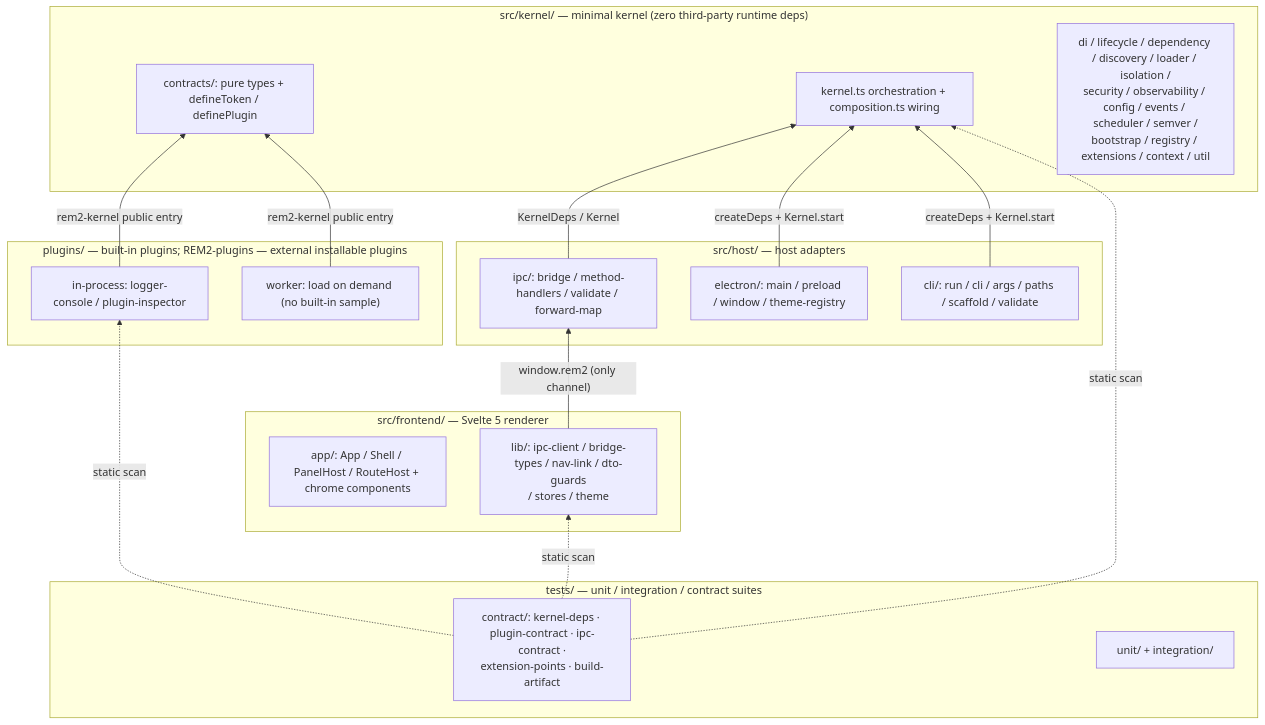
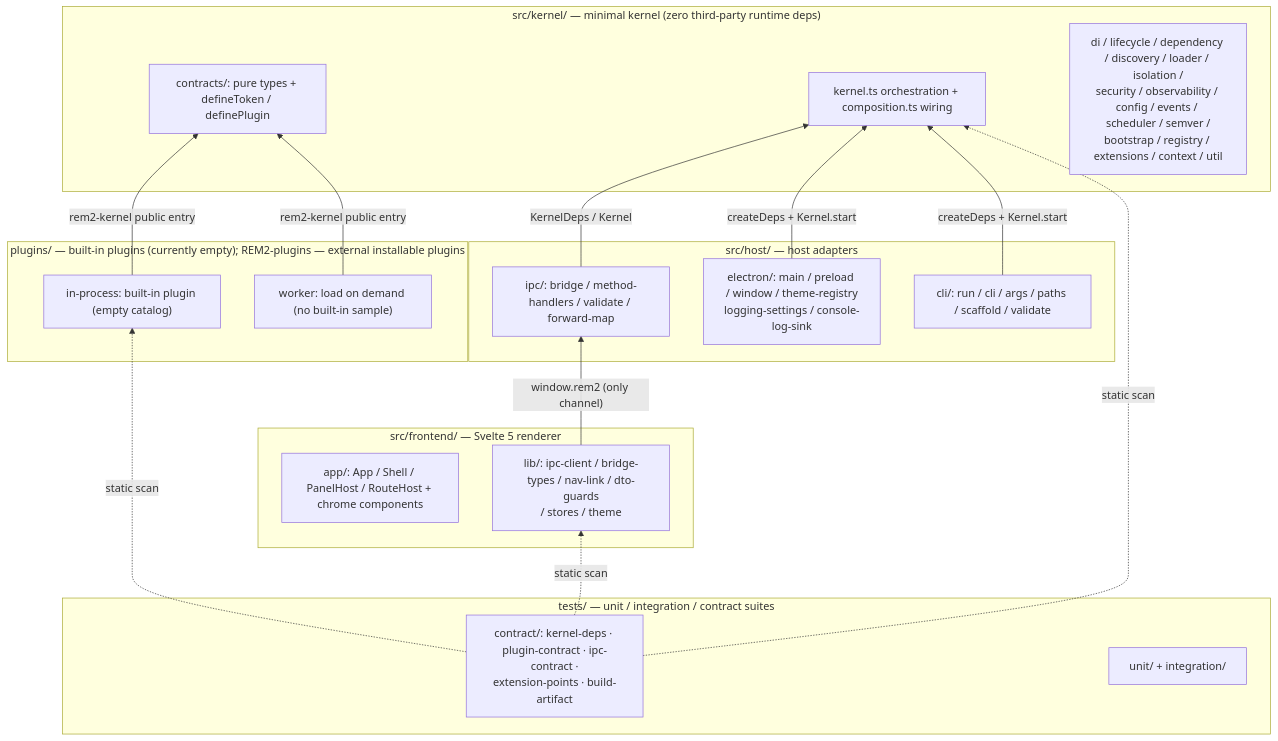
Before and after one commit to kino14910/REM2: the first of 5 diagrams in docs/en/01-architecture-overview.md, drawn with Mermaid. The commit also changed other lines of this file and 16 other files, not shown here.

````diff
--- a/docs/en/01-architecture-overview.md
+++ b/docs/en/01-architecture-overview.md
@@ -19,39 +19,39 @@
 ```mermaid
 graph BT
-    subgraph L1["plugins/ — built-in plugins; REM2-plugins — external installable plugins"]
-        PA["in-process: logger-console / plugin-inspector"]
+    subgraph L1["plugins/ — built-in plugins (currently empty); REM2-plugins — external installable plugins"]
+        PA["in-process: built-in plugin (empty catalog)"]
         PB["worker: load on demand (no built-in sample)"]
     end
 
     subgraph L2["src/frontend/ — Svelte 5 renderer"]
         FA["app/: App / Shell / PanelHost / RouteHost + chrome components"]
         FB["lib/: ipc-client / bridge-types / nav-link / dto-guards<br/>/ stores / theme"]
     end
 
     subgraph L3["src/host/ — host adapters"]
-        HA["electron/: main / preload / window / theme-registry"]
+        HA["electron/: main / preload / window / theme-registry<br/>logging-settings / console-log-sink"]
         HB["ipc/: bridge / method-handlers / validate / forward-map"]
         HC["cli/: run / cli / args / paths / scaffold / validate"]
     end
 
     subgraph L4["src/kernel/ — minimal kernel (zero third-party runtime deps)"]
         KA["contracts/: pure types + defineToken / definePlugin"]
         KB["kernel.ts orchestration + composition.ts wiring"]
         KC["di / lifecycle / dependency / discovery / loader / isolation /<br/>security / observability / config / events / scheduler / semver /<br/>bootstrap / registry / extensions / context / util"]
     end
 
     subgraph L5["tests/ — unit / integration / contract suites"]
         TA["contract/: kernel-deps · plugin-contract · ipc-contract ·<br/>extension-points · build-artifact"]
         TB["unit/ + integration/"]
     end
 
     FB -->|"window.rem2 (only channel)"| HB
     HB -->|"KernelDeps / Kernel"| KB
     HA -->|"createDeps + Kernel.start"| KB
     HC -->|"createDeps + Kernel.start"| KB
     PA -->|"rem2-kernel public entry"| KA
     PB -->|"rem2-kernel public entry"| KA
     TA -.->|"static scan"| KB
     TA -.->|"static scan"| FB
     TA -.->|"static scan"| PA
 ```
````
